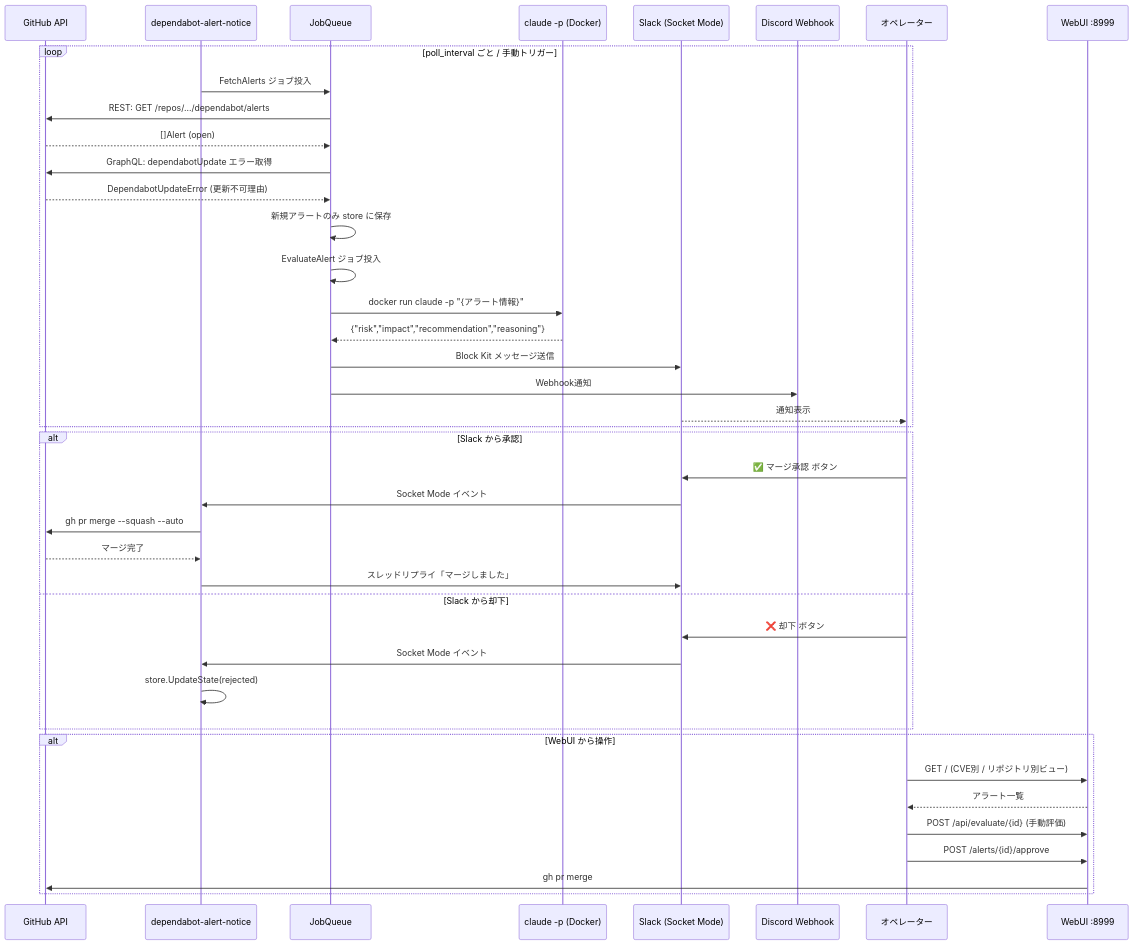
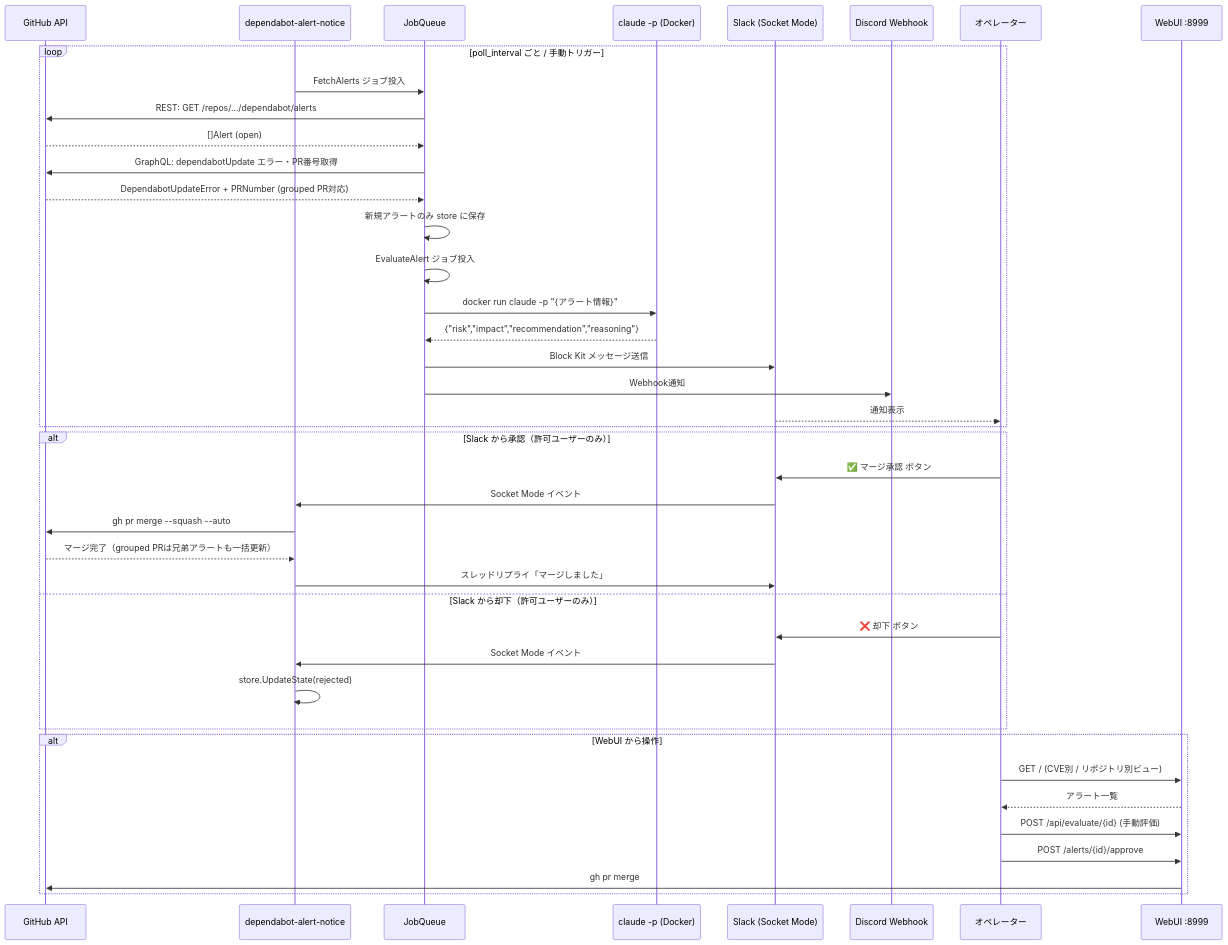
Before and after one commit to g-kari/dependabot-alert-notice: the first of 5 diagrams in README.md, drawn with Mermaid. The commit also changed other lines of this file, not shown here.

````diff
--- a/README.md
+++ b/README.md
@@ -7,48 +7,48 @@
 ```mermaid
 sequenceDiagram
     participant GH as GitHub API
     participant App as dependabot-alert-notice
     participant Queue as JobQueue
     participant Claude as claude -p (Docker)
     participant Slack as Slack (Socket Mode)
     participant Discord as Discord Webhook
     participant User as オペレーター
     participant Web as WebUI :8999
 
     loop poll_interval ごと / 手動トリガー
         App->>Queue: FetchAlerts ジョブ投入
         Queue->>GH: REST: GET /repos/.../dependabot/alerts
         GH-->>Queue: []Alert (open)
-        Queue->>GH: GraphQL: dependabotUpdate エラー取得
-        GH-->>Queue: DependabotUpdateError (更新不可理由)
+        Queue->>GH: GraphQL: dependabotUpdate エラー・PR番号取得
+        GH-->>Queue: DependabotUpdateError + PRNumber (grouped PR対応)
         Queue->>Queue: 新規アラートのみ store に保存
 
         Queue->>Queue: EvaluateAlert ジョブ投入
         Queue->>Claude: docker run claude -p "{アラート情報}"
         Claude-->>Queue: {"risk","impact","recommendation","reasoning"}
 
         Queue->>Slack: Block Kit メッセージ送信
         Queue->>Discord: Webhook通知
         Slack-->>User: 通知表示
     end
 
-    alt Slack から承認
+    alt Slack から承認（許可ユーザーのみ）
         User->>Slack: ✅ マージ承認 ボタン
         Slack->>App: Socket Mode イベント
         App->>GH: gh pr merge --squash --auto
-        GH-->>App: マージ完了
+        GH-->>App: マージ完了（grouped PRは兄弟アラートも一括更新）
         App->>Slack: スレッドリプライ「マージしました」
-    else Slack から却下
+    else Slack から却下（許可ユーザーのみ）
         User->>Slack: ❌ 却下 ボタン
         Slack->>App: Socket Mode イベント
         App->>App: store.UpdateState(rejected)
     end
 
     alt WebUI から操作
         User->>Web: GET / (CVE別 / リポジトリ別ビュー)
         Web-->>User: アラート一覧
         User->>Web: POST /api/evaluate/{id} (手動評価)
         User->>Web: POST /alerts/{id}/approve
         Web->>GH: gh pr merge
     end
 ```
````
